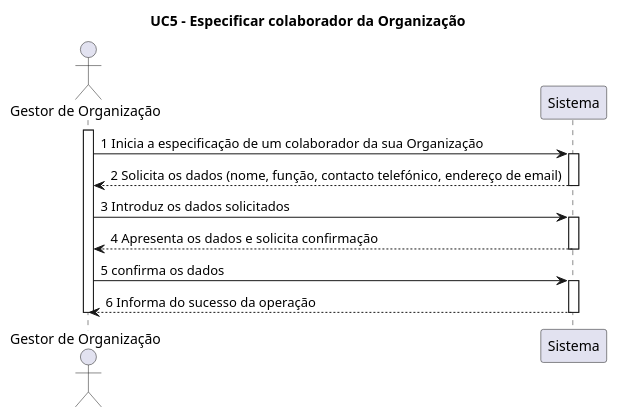
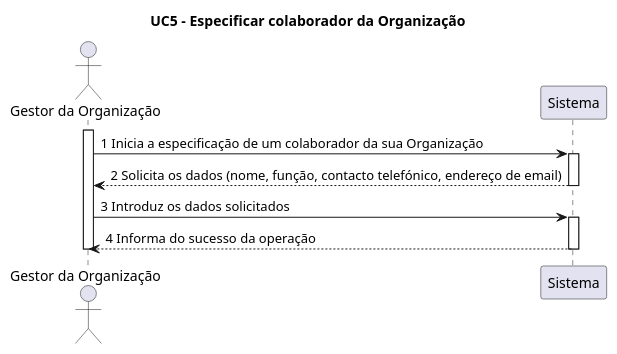
The diagram in Documentação/Sprint 2/UC05_Especificar_Colaborador_Organizacao/UC05_Especificar_Colaborador_Diagrama_Sequencia_Sistema.puml (blestonbandeiraUPSKILL/upskill_java1_labprg_grupo2), drawn with PlantUML before and after one commit. The commit also changed 10 other files, not shown here.

```diff
--- a/Documentação/Sprint 2/UC05_Especificar_Colaborador_Organizacao/UC05_Especificar_Colaborador_Diagrama_Sequencia_Sistema.puml
+++ b/Documentação/Sprint 2/UC05_Especificar_Colaborador_Organizacao/UC05_Especificar_Colaborador_Diagrama_Sequencia_Sistema.puml
@@ -1,22 +1,16 @@
 @startuml
 
 title UC5 - Especificar colaborador da Organização
 
-Actor "Gestor de Organização" as GestorOrganizacao
-
-
-activate GestorOrganizacao
-GestorOrganizacao -> Sistema: 1 Inicia a especificação de um colaborador da sua Organização
+Actor "Gestor da Organização"
+activate "Gestor da Organização"
+"Gestor da Organização" -> Sistema: 1 Inicia a especificação de um colaborador da sua Organização
 activate Sistema
-Sistema --> GestorOrganizacao: 2 Solicita os dados (nome, função, contacto telefónico, endereço de email)
+Sistema --> "Gestor da Organização": 2 Solicita os dados (nome, função, contacto telefónico, endereço de email)
 deactivate Sistema
-GestorOrganizacao -> Sistema: 3 Introduz os dados solicitados
+"Gestor da Organização" -> Sistema: 3 Introduz os dados solicitados
 activate Sistema
-Sistema --> GestorOrganizacao: 4 Apresenta os dados e solicita confirmação
+Sistema --> "Gestor da Organização": 4 Informa do sucesso da operação
 deactivate Sistema
-GestorOrganizacao -> Sistema: 5 confirma os dados
-activate Sistema
-Sistema --> GestorOrganizacao: 6 Informa do sucesso da operação
-deactivate Sistema
-deactivate GestorOrganizacao
+deactivate "Gestor da Organização"
 @enduml
```
